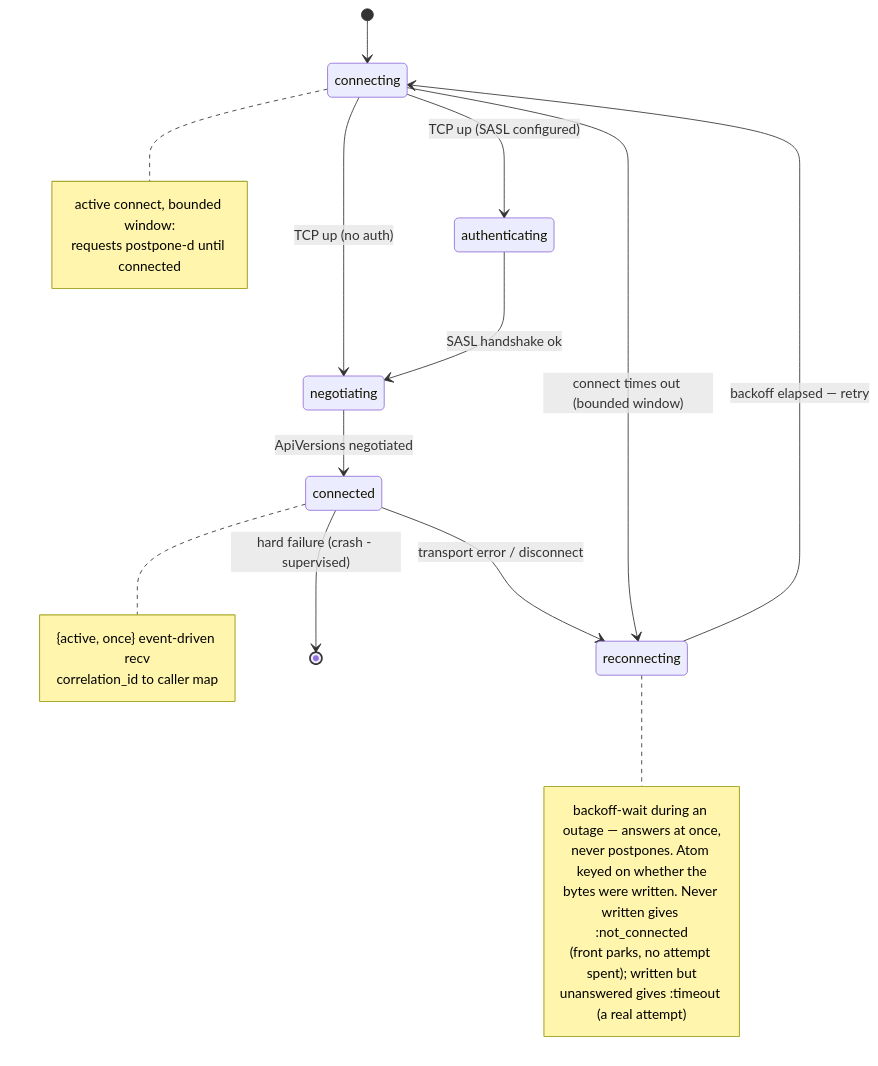
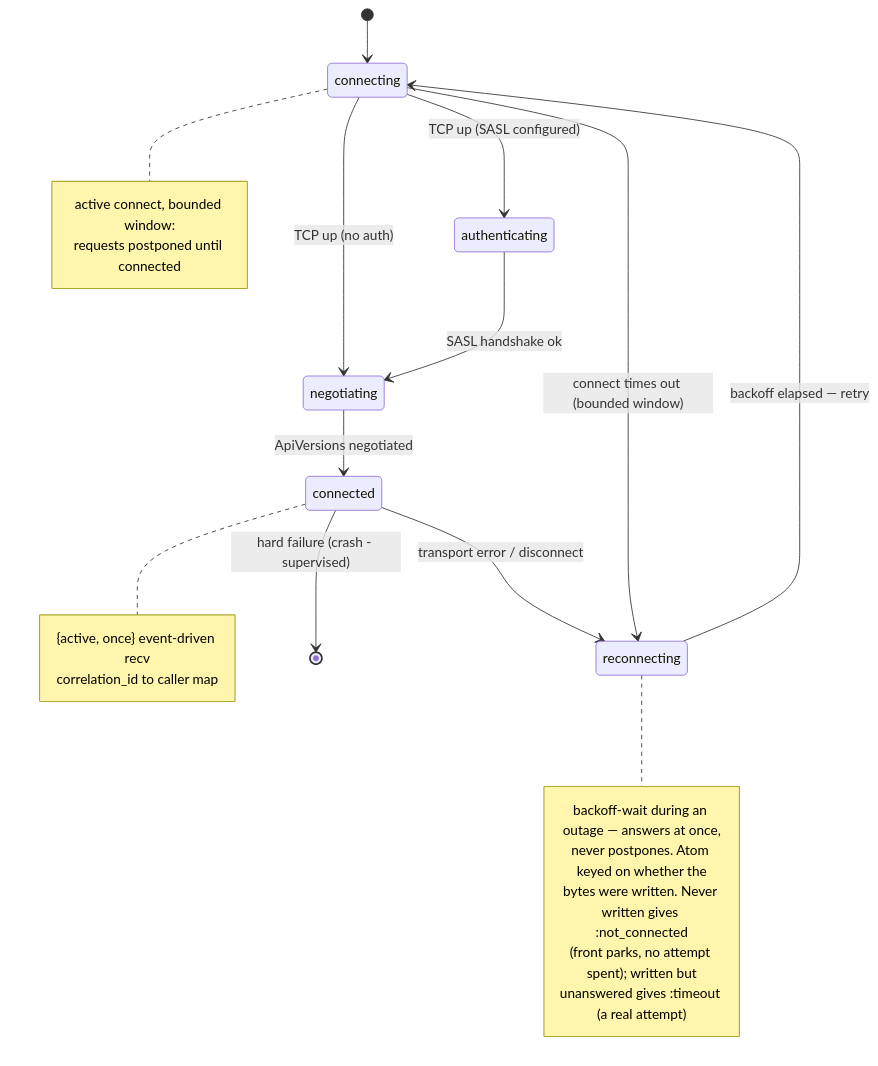
One commit to kafkaex/kafka_ex changed the seventh of 10 diagrams in docs/rfcs/0001-client-process-architecture.md. Above: the diagram before and after it, drawn with Mermaid. The commit also changed other lines of this file, not shown here.

````diff
--- a/docs/rfcs/0001-client-process-architecture.md
+++ b/docs/rfcs/0001-client-process-architecture.md
@@ -667,27 +700,27 @@
 ```mermaid
 stateDiagram-v2
     [*] --> connecting
     connecting --> authenticating: TCP up (SASL configured)
     connecting --> negotiating: TCP up (no auth)
     authenticating --> negotiating: SASL handshake ok
     negotiating --> connected: ApiVersions negotiated
     connected --> reconnecting: transport error / disconnect
     connecting --> reconnecting: connect times out (bounded window)
     reconnecting --> connecting: backoff elapsed — retry
     connected --> [*]: hard failure (crash - supervised)
     note right of connecting
         active connect, bounded window:
-        requests postpone-d until connected
+        requests postponed until connected
     end note
     note right of reconnecting
         backoff-wait during an outage — answers at once,
         never postpones. Atom keyed on whether the
         bytes were written. Never written gives :not_connected
         (front parks, no attempt spent); written but
         unanswered gives :timeout (a real attempt)
     end note
     note right of connected
         {active, once} event-driven recv
         correlation_id to caller map
     end note
 ```
````
